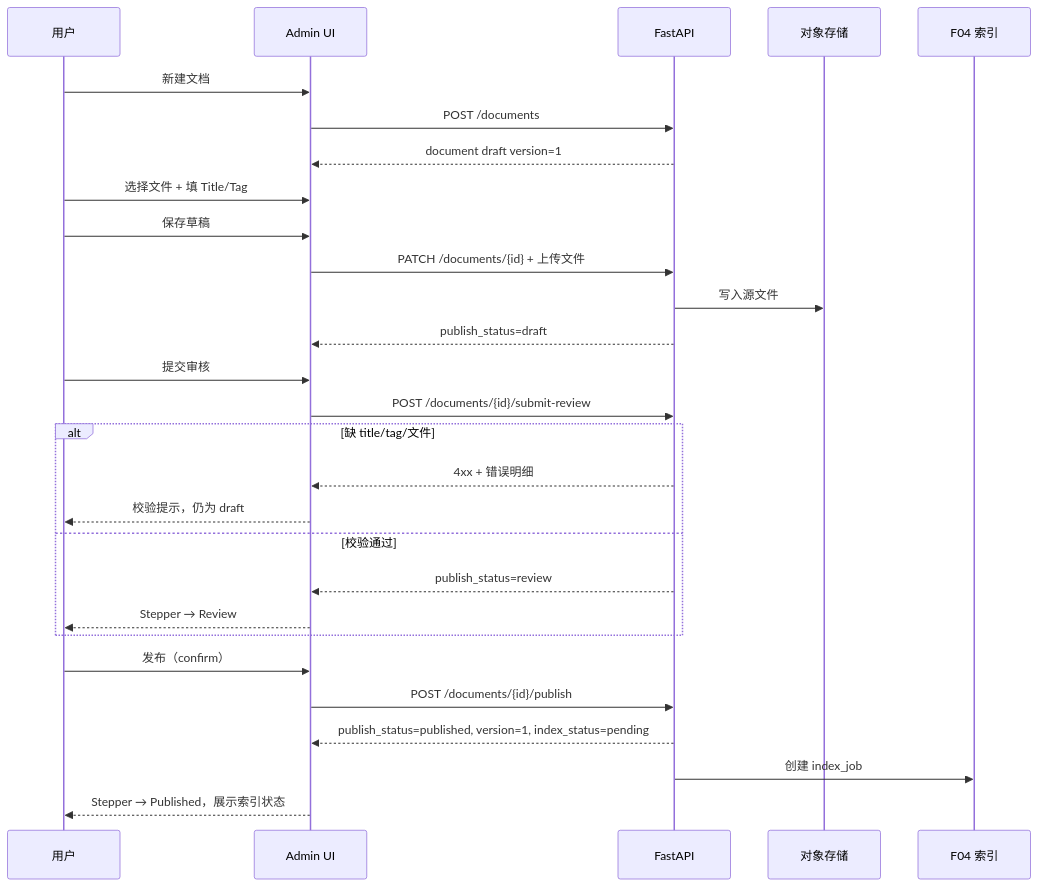
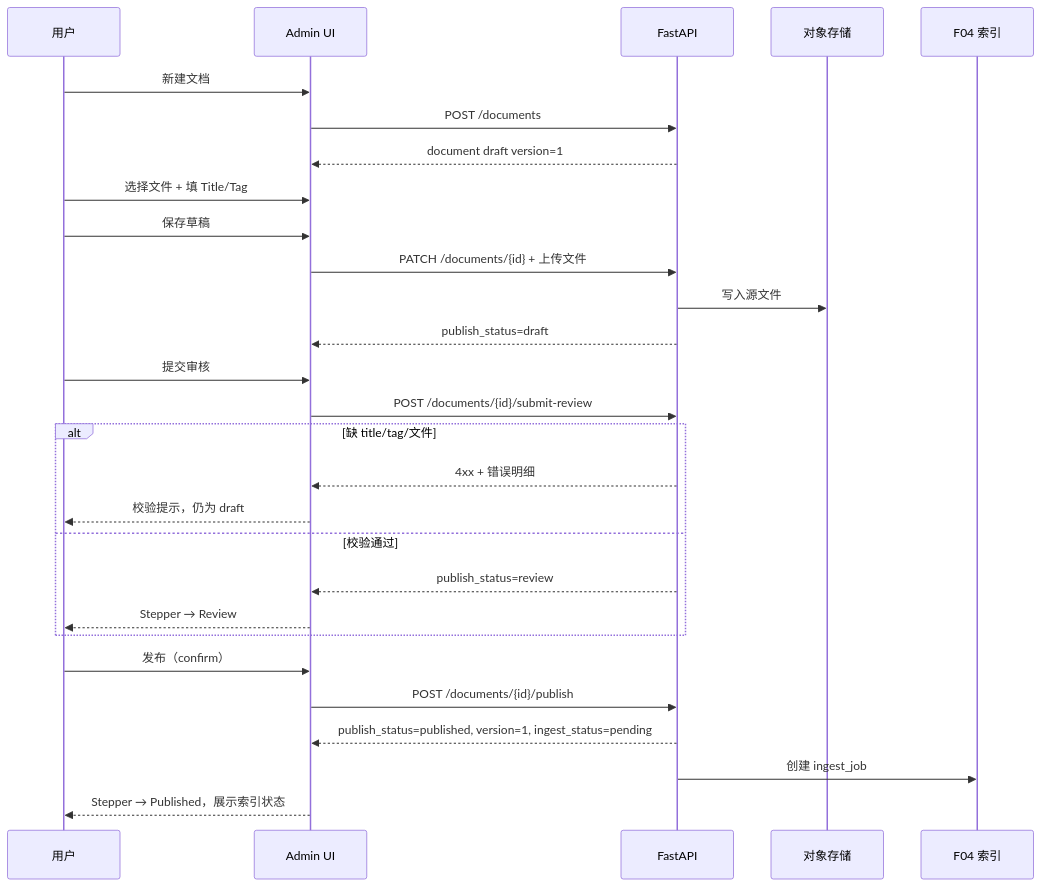
Before and after one commit to zmisi/rag-as-service: the second of 2 diagrams in docs/specs/phase1/features/F03-doc-admin.md, drawn with Mermaid. The commit also changed other lines of this file and 71 other files, not shown here.

````diff
--- a/docs/specs/phase1/features/F03-doc-admin.md
+++ b/docs/specs/phase1/features/F03-doc-admin.md
@@ -181,34 +181,34 @@
 ```mermaid
 sequenceDiagram
   participant U as 用户
   participant UI as Admin UI
   participant API as FastAPI
   participant Store as 对象存储
   participant Idx as F04 索引
 
   U->>UI: 新建文档
   UI->>API: POST /documents
   API-->>UI: document draft version=1
 
   U->>UI: 选择文件 + 填 Title/Tag
   U->>UI: 保存草稿
   UI->>API: PATCH /documents/{id} + 上传文件
   API->>Store: 写入源文件
   API-->>UI: publish_status=draft
 
   U->>UI: 提交审核
   UI->>API: POST /documents/{id}/submit-review
   alt 缺 title/tag/文件
     API-->>UI: 4xx + 错误明细
     UI-->>U: 校验提示，仍为 draft
   else 校验通过
     API-->>UI: publish_status=review
     UI-->>U: Stepper → Review
   end
 
   U->>UI: 发布（confirm）
   UI->>API: POST /documents/{id}/publish
-  API-->>UI: publish_status=published, version=1, index_status=pending
-  API->>Idx: 创建 index_job
+  API-->>UI: publish_status=published, version=1, ingest_status=pending
+  API->>Idx: 创建 ingest_job
   UI-->>U: Stepper → Published，展示索引状态
 ```
````
